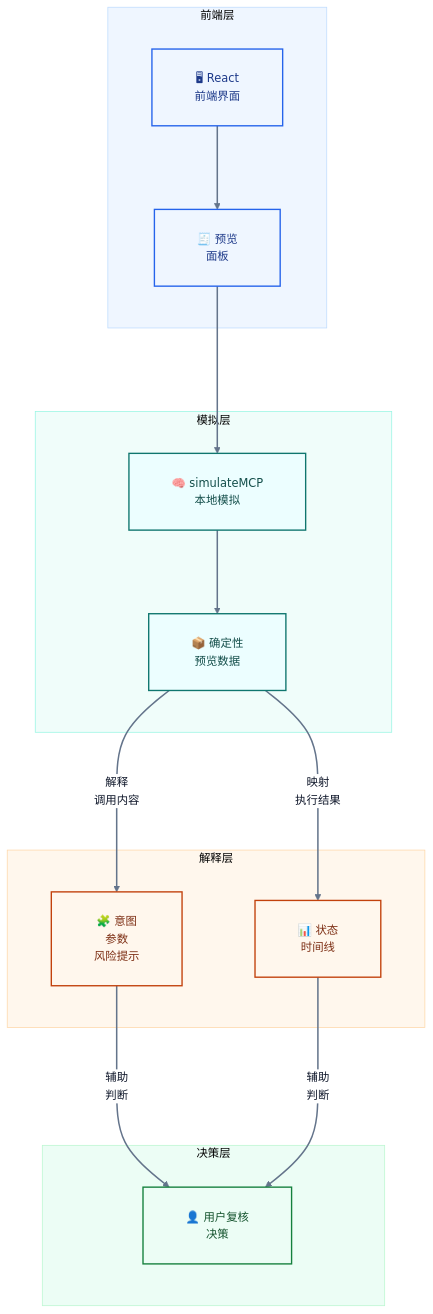
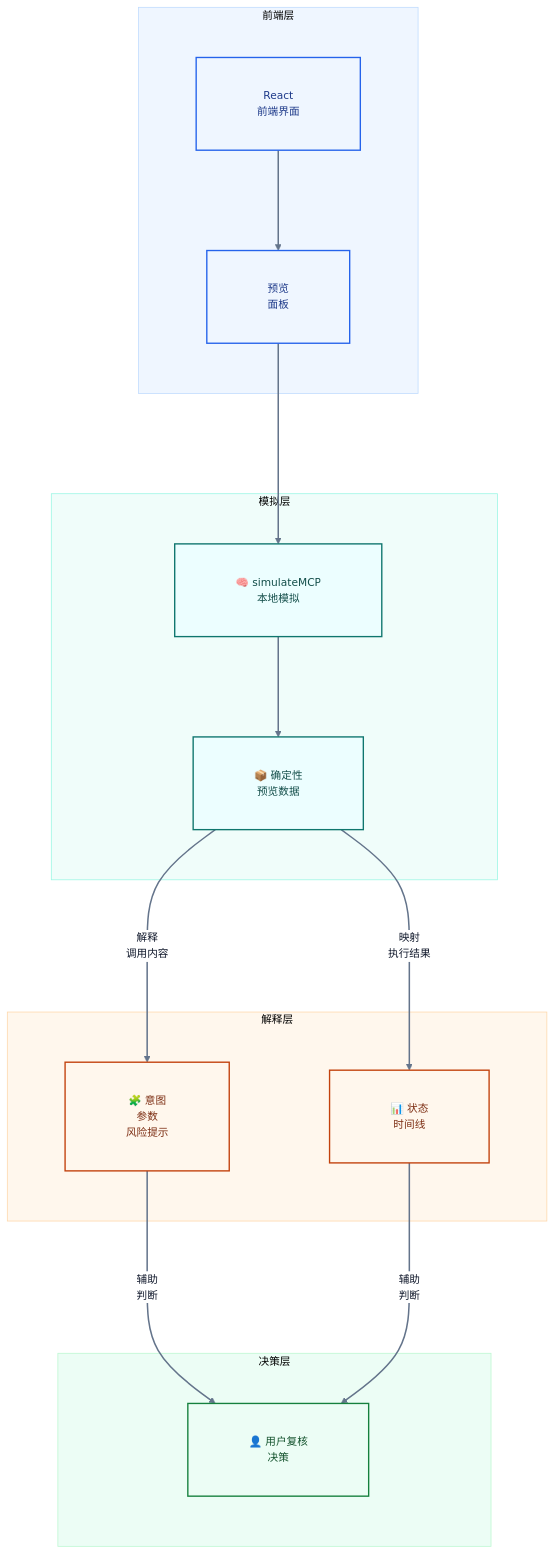
One commit to sunshineluyao/Moss-Mcp-Transaction changed the eighth of 8 diagrams in README.md. Above: the diagram before and after it, drawn with Mermaid. The commit also changed other lines of this file and 1 other file, not shown here.

Commit message:
docs: expand Mermaid spacing and wrap long labels for GitHub

````diff
--- a/README.md
+++ b/README.md
@@ -763,39 +763,39 @@
 ```mermaid
-%%{init: {'theme':'base','flowchart': {'htmlLabels': true, 'nodeSpacing': 96, 'rankSpacing': 110, 'curve': 'basis', 'padding': 28, 'diagramPadding': 24, 'wrappingWidth': 260},'themeVariables': {'fontFamily':'Inter, Segoe UI, sans-serif','fontSize':'15px','primaryTextColor':'#0f172a','lineColor':'#64748b','clusterBkg':'#f8fafc','clusterBorder':'#cbd5e1','edgeLabelBackground':'#ffffff','primaryBorderColor':'#2563eb','primaryColor':'#eff6ff'}}}%%
+%%{init: {'theme':'base','flowchart': {'htmlLabels': true, 'nodeSpacing': 132, 'rankSpacing': 132, 'curve': 'basis', 'padding': 40, 'diagramPadding': 32, 'wrappingWidth': 320},'themeVariables': {'fontFamily':'Inter, Segoe UI, sans-serif','fontSize':'14px','primaryTextColor':'#0f172a','lineColor':'#64748b','clusterBkg':'#f8fafc','clusterBorder':'#cbd5e1','edgeLabelBackground':'#ffffff','primaryBorderColor':'#2563eb','primaryColor':'#eff6ff'}}}%%
 flowchart TB
   subgraph L1[前端层]
-    UI["🖥 React<br/>前端界面"] --> Preview["🧾 预览<br/>面板"]
+    UI["React<br/>前端界面"] --> Preview["预览<br/>面板"]
   end
 
   subgraph L2[模拟层]
     Engine["🧠 simulateMCP<br/>本地模拟"] --> Data["📦 确定性<br/>预览数据"]
   end
 
   subgraph L3[解释层]
     Cards["🧩 意图<br/>参数<br/>风险提示"]
     Timeline["📊 状态<br/>时间线"]
   end
 
   subgraph L4[决策层]
     User["👤 用户复核<br/>决策"]
   end
 
   Preview --> Engine
   Data -->|解释<br/>调用内容| Cards -->|辅助<br/>判断| User
   Data -->|映射<br/>执行结果| Timeline -->|辅助<br/>判断| User
 
   classDef frontend fill:#eff6ff,stroke:#2563eb,stroke-width:1.8px,color:#1e3a8a;
   classDef sim fill:#ecfeff,stroke:#0f766e,stroke-width:1.8px,color:#134e4a;
   classDef explain fill:#fff7ed,stroke:#c2410c,stroke-width:1.8px,color:#7c2d12;
   classDef decision fill:#ecfdf5,stroke:#15803d,stroke-width:1.8px,color:#14532d;
 
   class UI,Preview frontend;
   class Engine,Data sim;
   class Cards,Timeline explain;
   class User decision;
   style L1 fill:#eff6ff,stroke:#bfdbfe,stroke-width:1px
   style L2 fill:#f0fdfa,stroke:#99f6e4,stroke-width:1px
   style L3 fill:#fff7ed,stroke:#fed7aa,stroke-width:1px
   style L4 fill:#ecfdf5,stroke:#bbf7d0,stroke-width:1px
   linkStyle default stroke:#64748b,stroke-width:2px;
 ```
````
